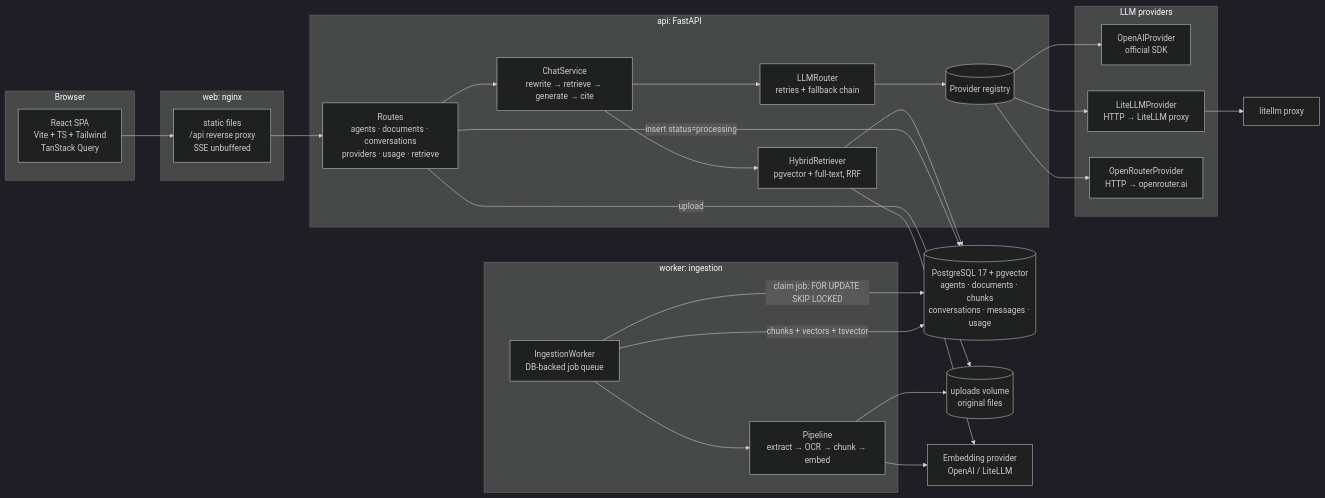
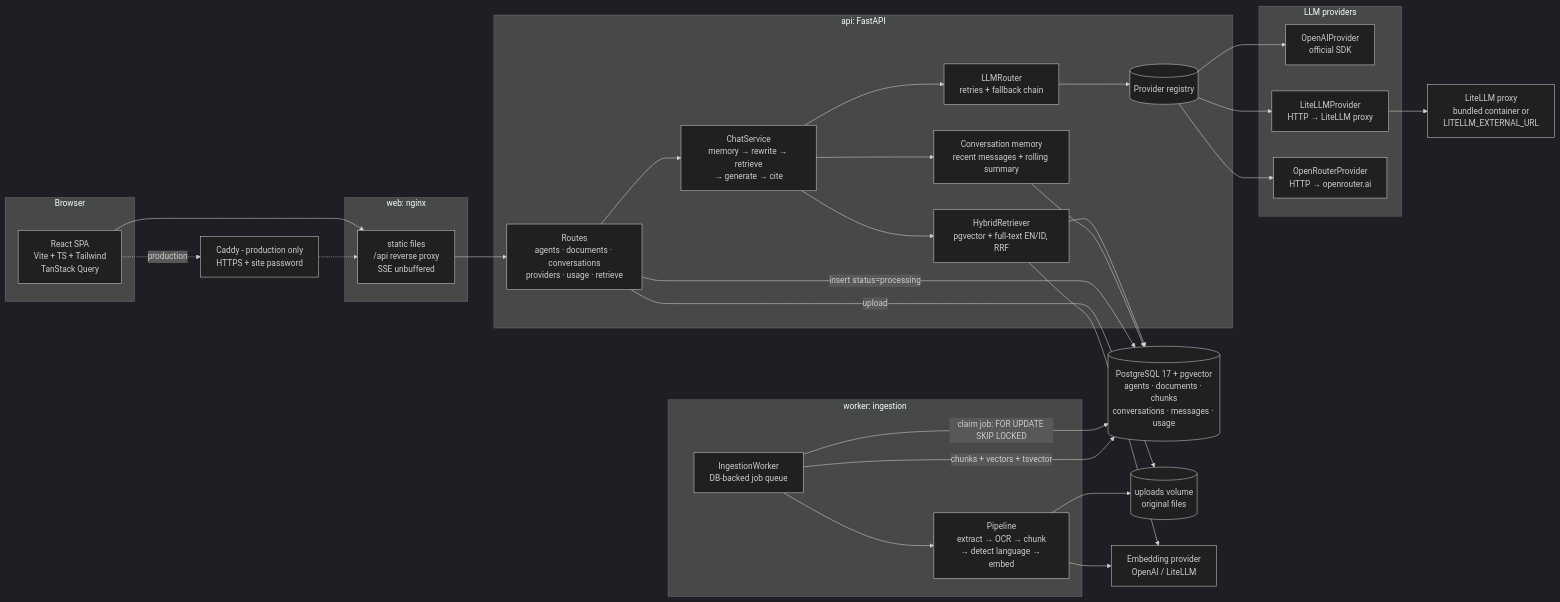
Before and after one commit to fwicaksono/multi-agent-chatbot: the diagram in README.md, drawn with Mermaid (dark theme). The commit also changed other lines of this file, not shown here.

````diff
--- a/README.md
+++ b/README.md
@@ -74,41 +74,45 @@
 ```mermaid
 flowchart LR
   subgraph Browser
     UI[React SPA<br/>Vite + TS + Tailwind<br/>TanStack Query]
   end
+  CADDY[Caddy - production only<br/>HTTPS + site password]
   subgraph web [web: nginx]
     NG[static files<br/>/api reverse proxy<br/>SSE unbuffered]
   end
   subgraph api [api: FastAPI]
     R[Routes<br/>agents · documents · conversations<br/>providers · usage · retrieve]
-    CS[ChatService<br/>rewrite → retrieve → generate → cite]
-    HR[HybridRetriever<br/>pgvector + full-text, RRF]
+    CS[ChatService<br/>memory → rewrite → retrieve<br/>→ generate → cite]
+    MEM[Conversation memory<br/>recent messages + rolling summary]
+    HR[HybridRetriever<br/>pgvector + full-text EN/ID, RRF]
     LR[LLMRouter<br/>retries + fallback chain]
     REG[(Provider registry)]
   end
   subgraph worker [worker: ingestion]
     W[IngestionWorker<br/>DB-backed job queue]
-    P[Pipeline<br/>extract → OCR → chunk → embed]
+    P[Pipeline<br/>extract → OCR → chunk<br/>→ detect language → embed]
   end
   subgraph providers [LLM providers]
     OA[OpenAIProvider<br/>official SDK]
     LL[LiteLLMProvider<br/>HTTP → LiteLLM proxy]
     OR[OpenRouterProvider<br/>HTTP → openrouter.ai]
   end
   DB[(PostgreSQL 17 + pgvector<br/>agents · documents · chunks<br/>conversations · messages · usage)]
   FS[(uploads volume<br/>original files)]
-  LITE[litellm proxy]
+  LITE[LiteLLM proxy<br/>bundled container or<br/>LITELLM_EXTERNAL_URL]
   EMB[Embedding provider<br/>OpenAI / LiteLLM]
 
   UI --> NG --> R
+  UI -.->|production| CADDY -.-> NG
   R --> CS --> HR --> DB
+  CS --> MEM --> DB
   CS --> LR --> REG --> OA & LL & OR
   LL --> LITE
   HR --> EMB
   R -->|upload| FS
   R -->|insert status=processing| DB
   W -->|claim job: FOR UPDATE SKIP LOCKED| DB
   W --> P --> EMB
   P --> FS
   W -->|chunks + vectors + tsvector| DB
 ```
````
